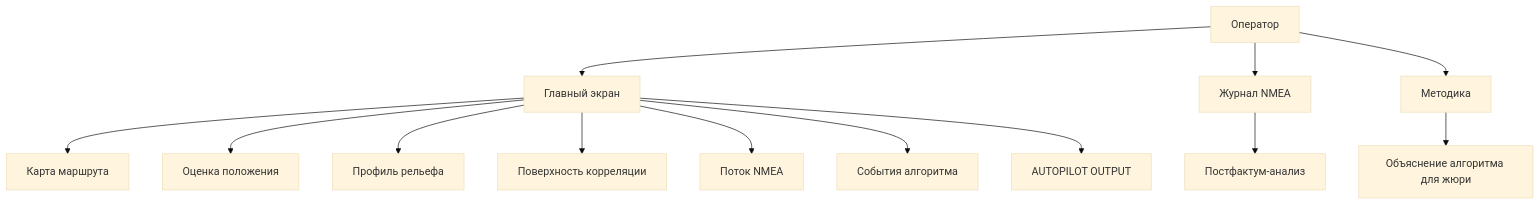
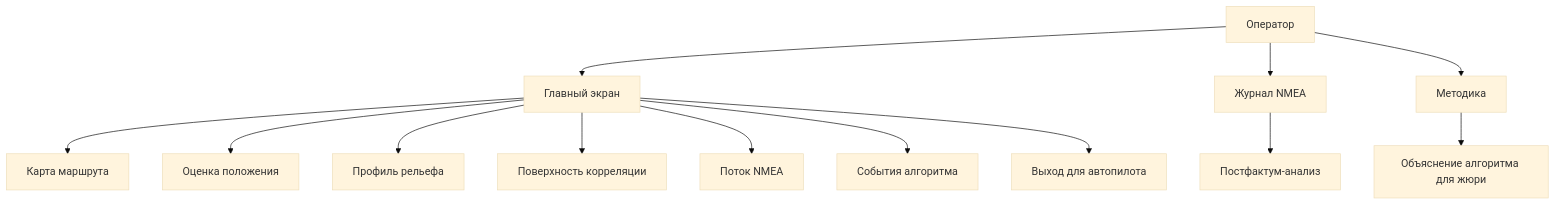
Before and after one commit to rub1kub/where-are-we-barista: the second of 3 diagrams in README.md, drawn with Mermaid (base theme). The commit also changed other lines of this file and 9 other files, not shown here.

````diff
--- a/README.md
+++ b/README.md
@@ -56,15 +58,15 @@
 ```mermaid
 flowchart TB
     A["Оператор"] --> B["Главный экран"]
     B --> C["Карта маршрута"]
     B --> D["Оценка положения"]
     B --> E["Профиль рельефа"]
     B --> F["Поверхность корреляции"]
     B --> G["Поток NMEA"]
     B --> H["События алгоритма"]
-    B --> I["AUTOPILOT OUTPUT"]
+    B --> I["Выход для автопилота"]
     A --> J["Журнал NMEA"]
     J --> K["Постфактум-анализ"]
     A --> L["Методика"]
     L --> M["Объяснение алгоритма для жюри"]
 ```
````
